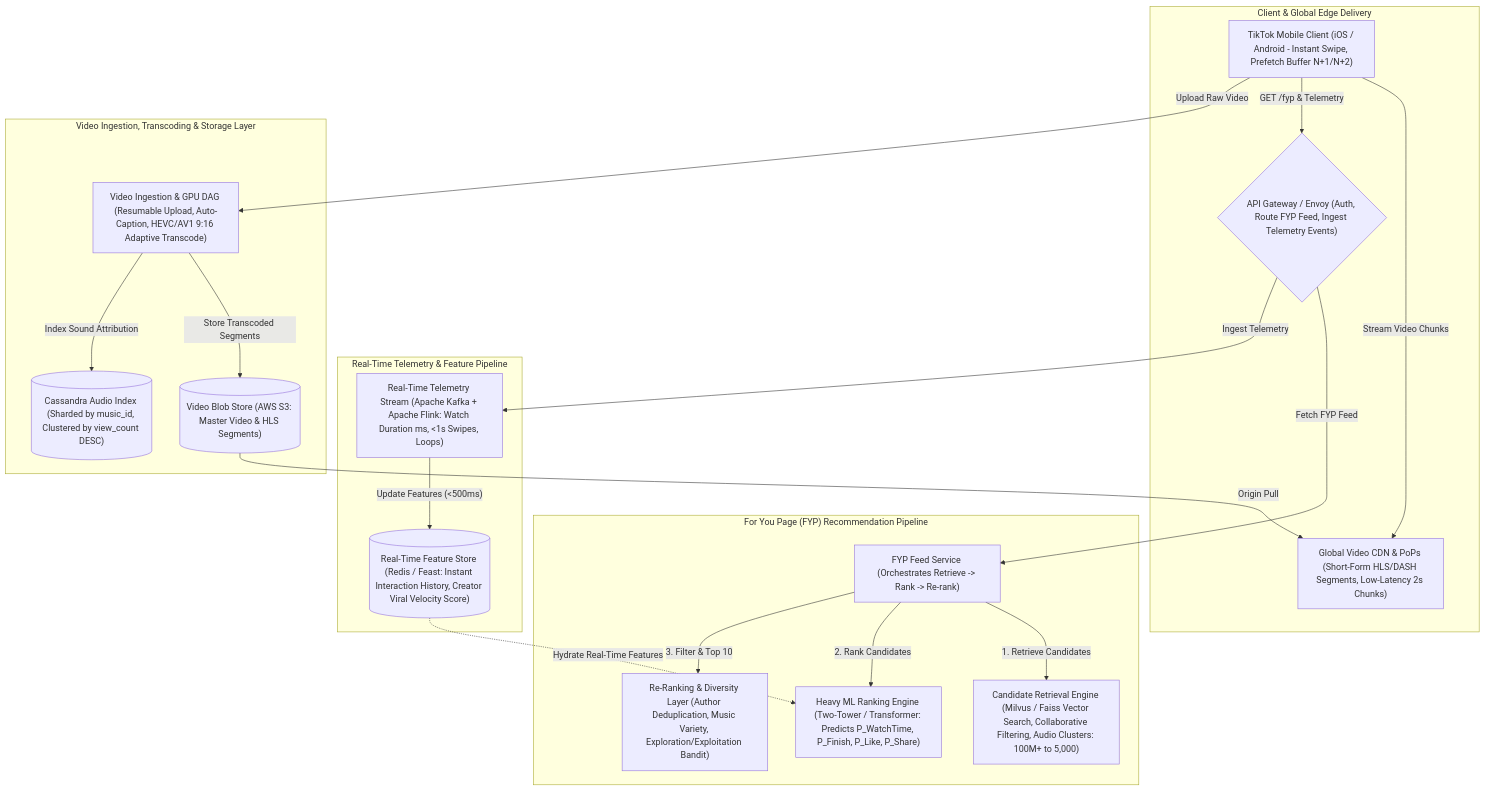
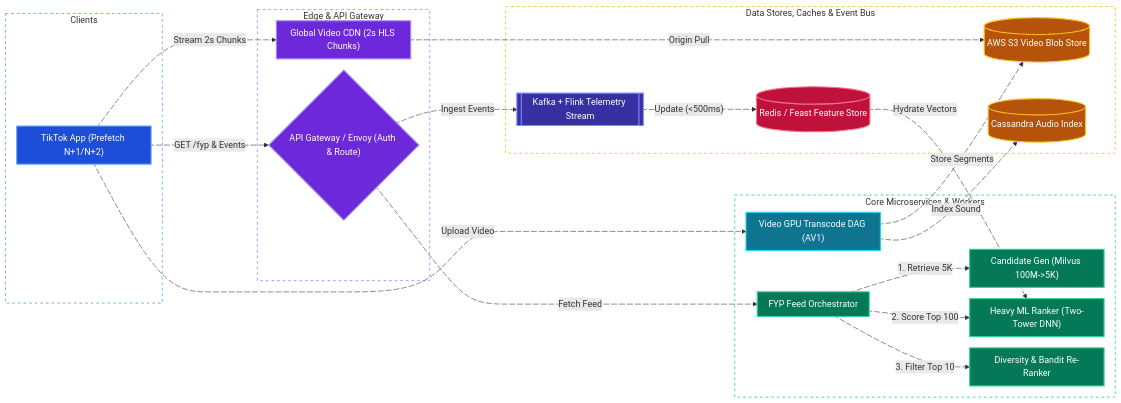
The fourth of 4 diagrams in system-design/tiktok.md (tarunbatta/tech-interview-prep), drawn with Mermaid before and after one commit. The commit also changed other lines of this file and 30 other files, not shown here.

First line of the commit message:
docs(system-design): convert Mermaid flowcharts to LR with colors and animated edges

````diff
--- a/system-design/tiktok.md
+++ b/system-design/tiktok.md
@@ -239,36 +317,72 @@
 ```mermaid
-flowchart TD
-    subgraph Client_And_Edge["Client & Global Edge Delivery"]
-        Client["TikTok Mobile Client (iOS / Android - Instant Swipe, Prefetch Buffer N+1/N+2)"]
-        CDN["Global Video CDN & PoPs (Short-Form HLS/DASH Segments, Low-Latency 2s Chunks)"]
-        Gateway{"API Gateway / Envoy (Auth, Route FYP Feed, Ingest Telemetry Events)"}
+%%{init: {'flowchart': {'nodeSpacing': 20, 'rankSpacing': 40, 'padding': 10}}}%%
+flowchart LR
+    subgraph ClientTier["Clients"]
+        Client["TikTok App (Prefetch N+1/N+2)"]
     end
-    subgraph FYP_Recommendation_Pipeline["For You Page (FYP) Recommendation Pipeline"]
-        FeedSvc["FYP Feed Service (Orchestrates Retrieve -> Rank -> Re-rank)"]
-        CandidateGen["Candidate Retrieval Engine (Milvus / Faiss Vector Search, Collaborative Filtering, Audio Clusters: 100M+ to 5,000)"]
-        DLRanker["Heavy ML Ranking Engine (Two-Tower / Transformer: Predicts P_WatchTime, P_Finish, P_Like, P_Share)"]
-        ReRanker["Re-Ranking & Diversity Layer (Author Deduplication, Music Variety, Exploration/Exploitation Bandit)"]
+    subgraph EdgeTier["Edge & API Gateway"]
+        CDN["Global Video CDN (2s HLS Chunks)"]
+        Gateway{"API Gateway / Envoy (Auth & Route)"}
     end
-    subgraph Telemetry_And_Features["Real-Time Telemetry & Feature Pipeline"]
-        TelemetryPipe["Real-Time Telemetry Stream (Apache Kafka + Apache Flink: Watch Duration ms, <1s Swipes, Loops)"]
-        FeatureStore[("Real-Time Feature Store (Redis / Feast: Instant Interaction History, Creator Viral Velocity Score)")]
+    subgraph CoreServices["Core Microservices & Workers"]
+        FeedSvc["FYP Feed Orchestrator"]
+        CandidateGen["Candidate Gen (Milvus 100M->5K)"]
+        DLRanker["Heavy ML Ranker (Two-Tower DNN)"]
+        ReRanker["Diversity & Bandit Re-Ranker"]
+        VideoPipe["Video GPU Transcode DAG (AV1)"]
     end
-    subgraph Video_Ingestion_And_Storage["Video Ingestion, Transcoding & Storage Layer"]
-        VideoPipe["Video Ingestion & GPU DAG (Resumable Upload, Auto-Caption, HEVC/AV1 9:16 Adaptive Transcode)"]
-        S3Store[("Video Blob Store (AWS S3: Master Video & HLS Segments)")]
-        CassandraAudio[("Cassandra Audio Index (Sharded by music_id, Clustered by view_count DESC)")]
+    subgraph DataAndEventTier["Data Stores, Caches & Event Bus"]
+        TelemetryPipe[["Kafka + Flink Telemetry Stream"]]
+        FeatureStore[("Redis / Feast Feature Store")]
+        S3Store[("AWS S3 Video Blob Store")]
+        CassandraAudio[("Cassandra Audio Index")]
     end
-    Client -->|"Stream Video Chunks"| CDN
-    Client -->|"GET /fyp & Telemetry"| Gateway
-    Client -->|"Upload Raw Video"| VideoPipe
-    Gateway -->|"Fetch FYP Feed"| FeedSvc
-    FeedSvc -->|"1. Retrieve Candidates"| CandidateGen
-    FeedSvc -->|"2. Rank Candidates"| DLRanker
-    FeedSvc -->|"3. Filter & Top 10"| ReRanker
-    Gateway -->|"Ingest Telemetry"| TelemetryPipe
-    TelemetryPipe -->|"Update Features (<500ms)"| FeatureStore
-    FeatureStore -.->|"Hydrate Real-Time Features"| DLRanker
-    VideoPipe -->|"Store Transcoded Segments"| S3Store
-    VideoPipe -->|"Index Sound Attribution"| CassandraAudio
-    S3Store -->|"Origin Pull"| CDN
+    Client e1@-->|"Stream 2s Chunks"| CDN
+    CDN e2@-->|"Origin Pull"| S3Store
+    Client e3@-->|"GET /fyp & Events"| Gateway
+    Client e4@-->|"Upload Video"| VideoPipe
+    Gateway e5@-->|"Fetch Feed"| FeedSvc
+    Gateway e6@-->|"Ingest Events"| TelemetryPipe
+    FeedSvc e7@-->|"1. Retrieve 5K"| CandidateGen
+    FeedSvc e8@-->|"2. Score Top 100"| DLRanker
+    FeedSvc e9@-->|"3. Filter Top 10"| ReRanker
+    TelemetryPipe e10@-->|"Update (<500ms)"| FeatureStore
+    FeatureStore e11@-.->|"Hydrate Vectors"| DLRanker
+    VideoPipe e12@-->|"Store Segments"| S3Store
+    VideoPipe e13@-->|"Index Sound"| CassandraAudio
+
+    e1@{ animate: true }
+    e2@{ animate: true }
+    e3@{ animate: true }
+    e4@{ animate: true }
+    e5@{ animate: true }
+    e6@{ animate: true }
+    e7@{ animate: true }
+    e8@{ animate: true }
+    e9@{ animate: true }
+    e10@{ animate: true }
+    e11@{ animate: true }
+    e12@{ animate: true }
+    e13@{ animate: true }
+
+    classDef client fill:#1d4ed8,stroke:#60a5fa,stroke-width:2px,color:#ffffff
+    classDef edge fill:#6d28d9,stroke:#a78bfa,stroke-width:2px,color:#ffffff
+    classDef service fill:#047857,stroke:#34d399,stroke-width:2px,color:#ffffff
+    classDef worker fill:#0e7490,stroke:#22d3ee,stroke-width:2px,color:#ffffff
+    classDef cache fill:#be123c,stroke:#fb7185,stroke-width:2px,color:#ffffff
+    classDef storage fill:#b45309,stroke:#fbbf24,stroke-width:2px,color:#ffffff
+    classDef queue fill:#3730a3,stroke:#818cf8,stroke-width:2px,color:#ffffff
+
+    class Client client
+    class CDN,Gateway edge
+    class FeedSvc,CandidateGen,DLRanker,ReRanker service
+    class VideoPipe worker
+    class FeatureStore cache
+    class S3Store,CassandraAudio storage
+    class TelemetryPipe queue
+
+    style ClientTier fill:transparent,stroke:#60a5fa,stroke-width:1.5px,stroke-dasharray: 5 5
+    style EdgeTier fill:transparent,stroke:#a78bfa,stroke-width:1.5px,stroke-dasharray: 5 5
+    style CoreServices fill:transparent,stroke:#34d399,stroke-width:1.5px,stroke-dasharray: 5 5
+    style DataAndEventTier fill:transparent,stroke:#fbbf24,stroke-width:1.5px,stroke-dasharray: 5 5
 ```
````
